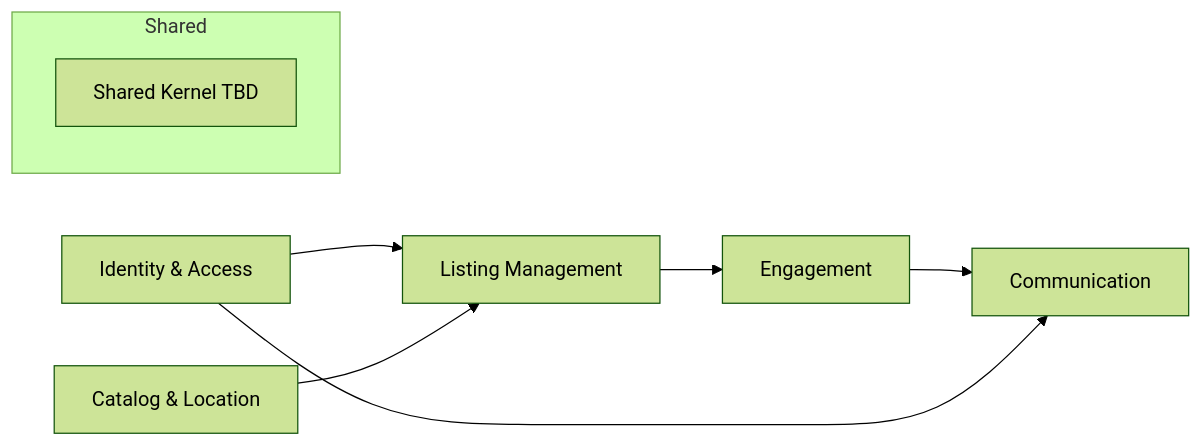
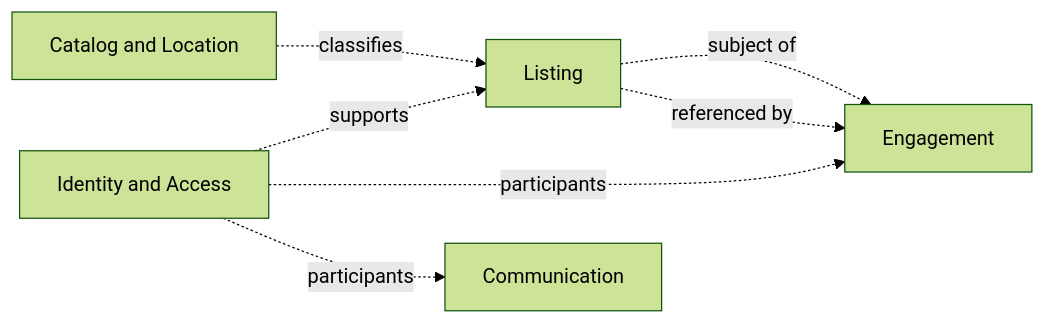
The first of 2 diagrams in docs/03-architecture/bounded-contexts/BOUNDED-CONTEXT-MAP.md (fdeniz07/RealEstateBackend), drawn with Mermaid (forest theme) before and after one commit. The commit also changed other lines of this file and 33 other files, not shown here.

Commit message:
docs(architecture): consolidate architecture documentation baseline

````diff
--- a/docs/03-architecture/bounded-contexts/BOUNDED-CONTEXT-MAP.md
+++ b/docs/03-architecture/bounded-contexts/BOUNDED-CONTEXT-MAP.md
@@ -11,16 +36,14 @@
 ```mermaid
 flowchart LR
-  IAM[Identity & Access]
-  LIST[Listing Management]
-  CAT[Catalog & Location]
+  IAM[Identity and Access]
+  CAT[Catalog and Location]
+  LIST[Listing]
   ENG[Engagement]
   COM[Communication]
-  subgraph Shared
-    SK[Shared Kernel TBD]
-  end
-  IAM --> LIST
-  CAT --> LIST
-  LIST --> ENG
-  ENG --> COM
-  IAM --> COM
+  IAM -.supports.-> LIST
+  CAT -.classifies.-> LIST
+  LIST -.subject of.-> ENG
+  IAM -.participants.-> ENG
+  IAM -.participants.-> COM
+  LIST -.referenced by.-> ENG
 ```
````
